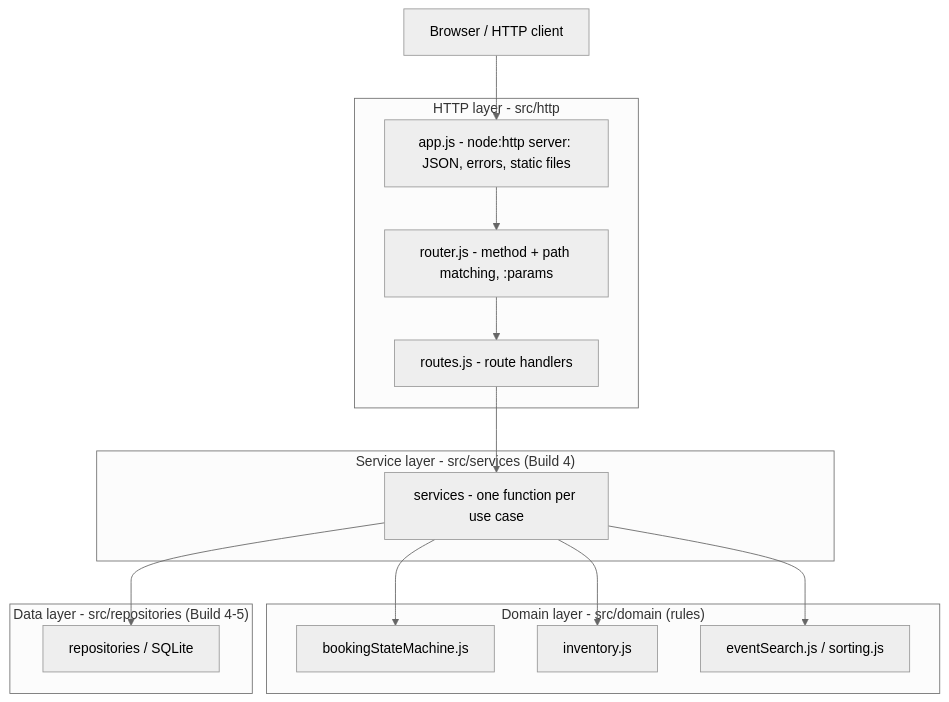
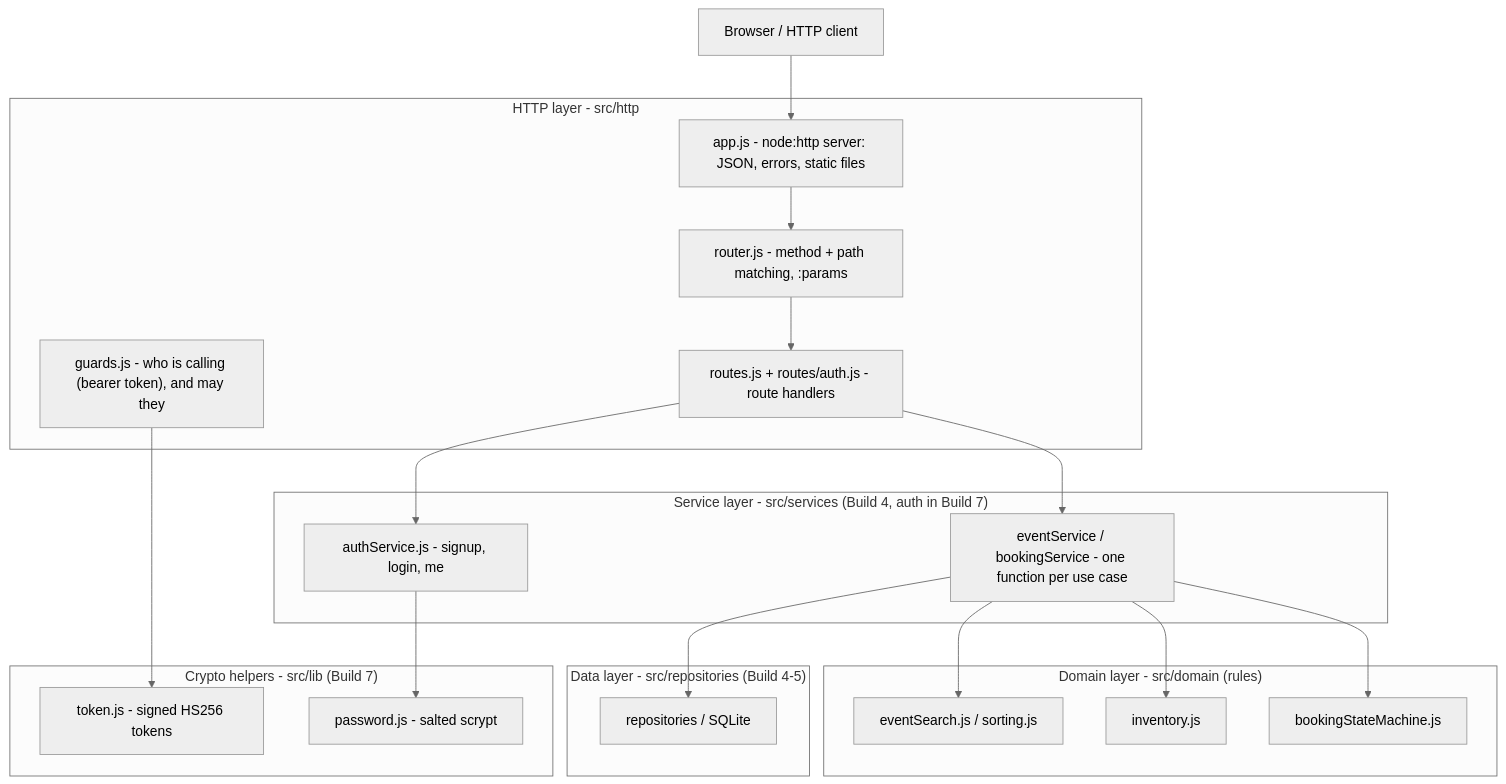
The first of 3 diagrams in docs/architecture.md (chukseminence/capstone-project), drawn with Mermaid (neutral theme) before and after one commit. The commit also changed other lines of this file and 35 other files, not shown here.

First line of the commit message:
Build 7: login, roles and a connected app

````diff
--- a/docs/architecture.md
+++ b/docs/architecture.md
@@ -10,33 +10,43 @@
 ```mermaid
 flowchart TD
     client["Browser / HTTP client"]
 
     subgraph httpLayer["HTTP layer - src/http"]
         app["app.js - node:http server: JSON, errors, static files"]
         router["router.js - method + path matching, :params"]
-        routes["routes.js - route handlers"]
+        guards["guards.js - who is calling (bearer token), and may they"]
+        routes["routes.js + routes/auth.js - route handlers"]
     end
 
-    subgraph serviceLayer["Service layer - src/services (Build 4)"]
-        services["services - one function per use case"]
+    subgraph serviceLayer["Service layer - src/services (Build 4, auth in Build 7)"]
+        services["eventService / bookingService - one function per use case"]
+        auth["authService.js - signup, login, me"]
     end
 
     subgraph domainLayer["Domain layer - src/domain (rules)"]
         machine["bookingStateMachine.js"]
         inventory["inventory.js"]
         search["eventSearch.js / sorting.js"]
+    end
+
+    subgraph libLayer["Crypto helpers - src/lib (Build 7)"]
+        password["password.js - salted scrypt"]
+        token["token.js - signed HS256 tokens"]
     end
 
     subgraph dataLayer["Data layer - src/repositories (Build 4-5)"]
         repositories["repositories / SQLite"]
     end
 
     client --> app
     app --> router
     router --> routes
     routes --> services
+    routes --> auth
+    guards --> token
+    auth --> password
     services --> machine
     services --> inventory
     services --> search
     services --> repositories
 ```
````
